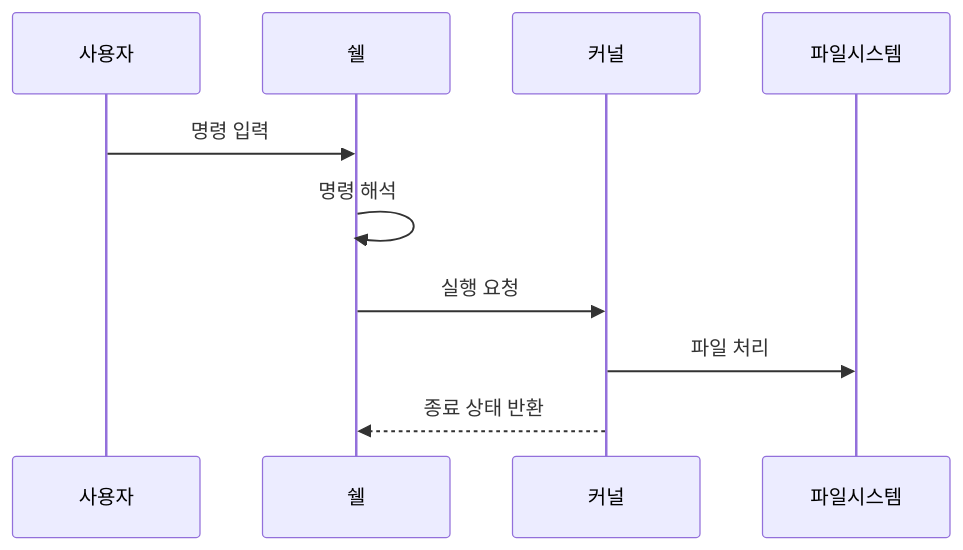
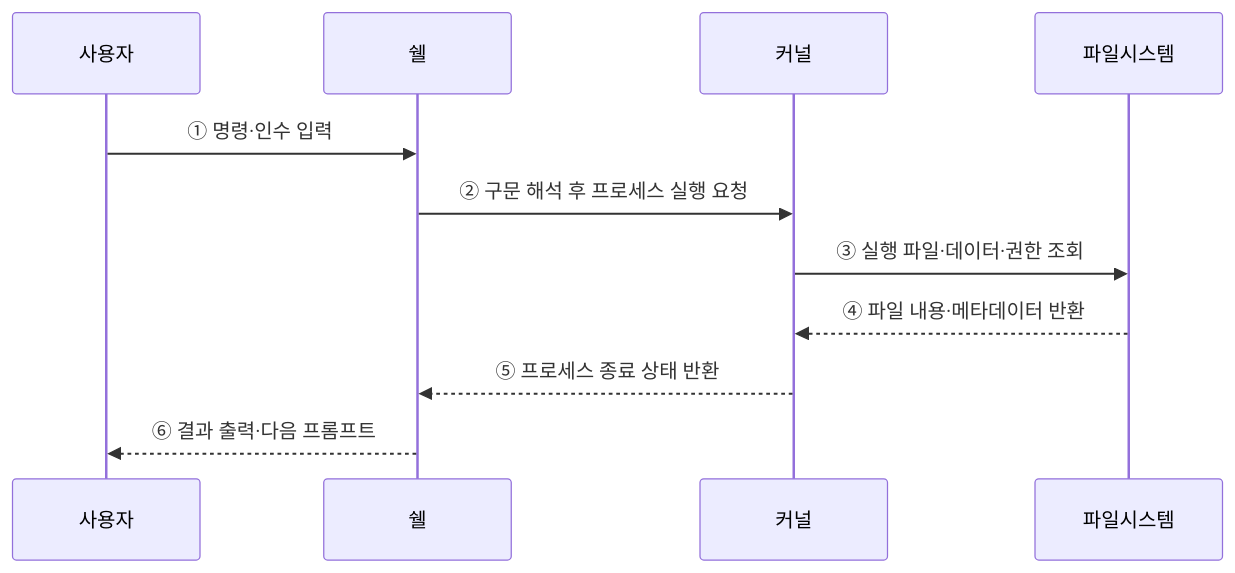
The second of 2 diagrams in src/content/docs/notes/03-software/023_unix_kernel_shell.md (agnusdei1207/knowledge-base), drawn with Mermaid before and after one commit. The commit also changed other lines of this file and 20 other files, not shown here.

````diff
--- a/src/content/docs/notes/03-software/023_unix_kernel_shell.md
+++ b/src/content/docs/notes/03-software/023_unix_kernel_shell.md
@@ -94,12 +87,13 @@
 ```mermaid
 sequenceDiagram
     participant U as 사용자
     participant S as 쉘
     participant K as 커널
     participant F as 파일시스템
-    U->>S: 명령 입력
-    S->>S: 명령 해석
-    S->>K: 실행 요청
-    K->>F: 파일 처리
-    K-->>S: 종료 상태 반환
+    U->>S: ① 명령·인수 입력
+    S->>K: ② 구문 해석 후 프로세스 실행 요청
+    K->>F: ③ 실행 파일·데이터·권한 조회
+    F-->>K: ④ 파일 내용·메타데이터 반환
+    K-->>S: ⑤ 프로세스 종료 상태 반환
+    S-->>U: ⑥ 결과 출력·다음 프롬프트
 ```
````
